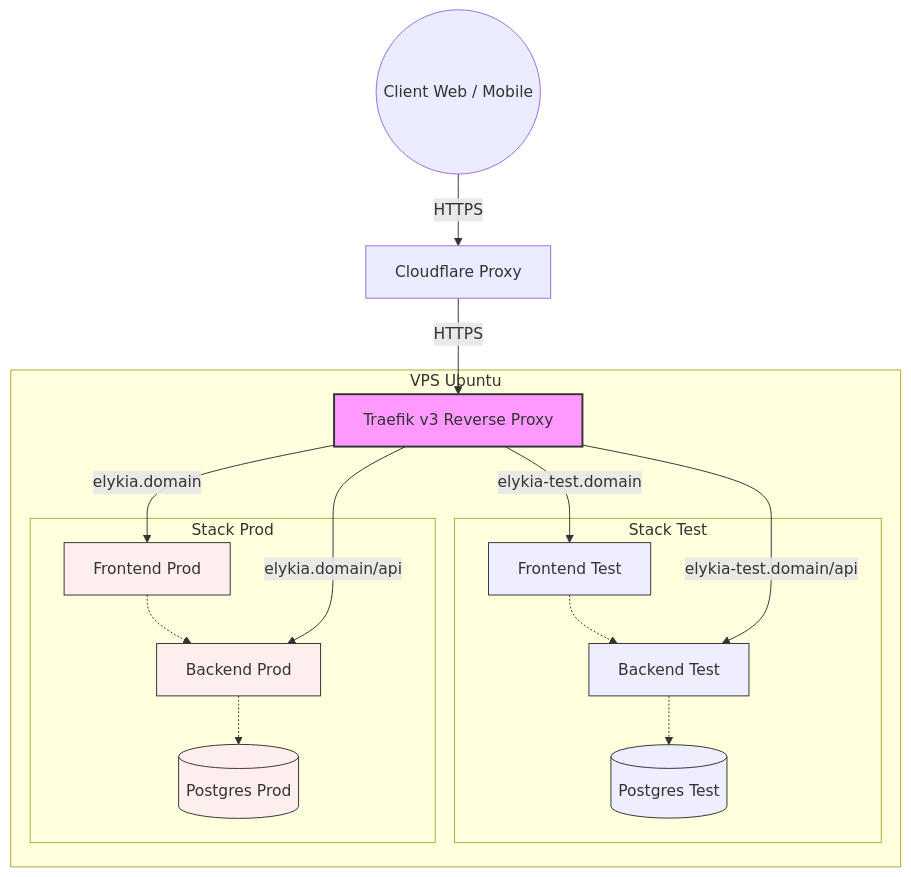
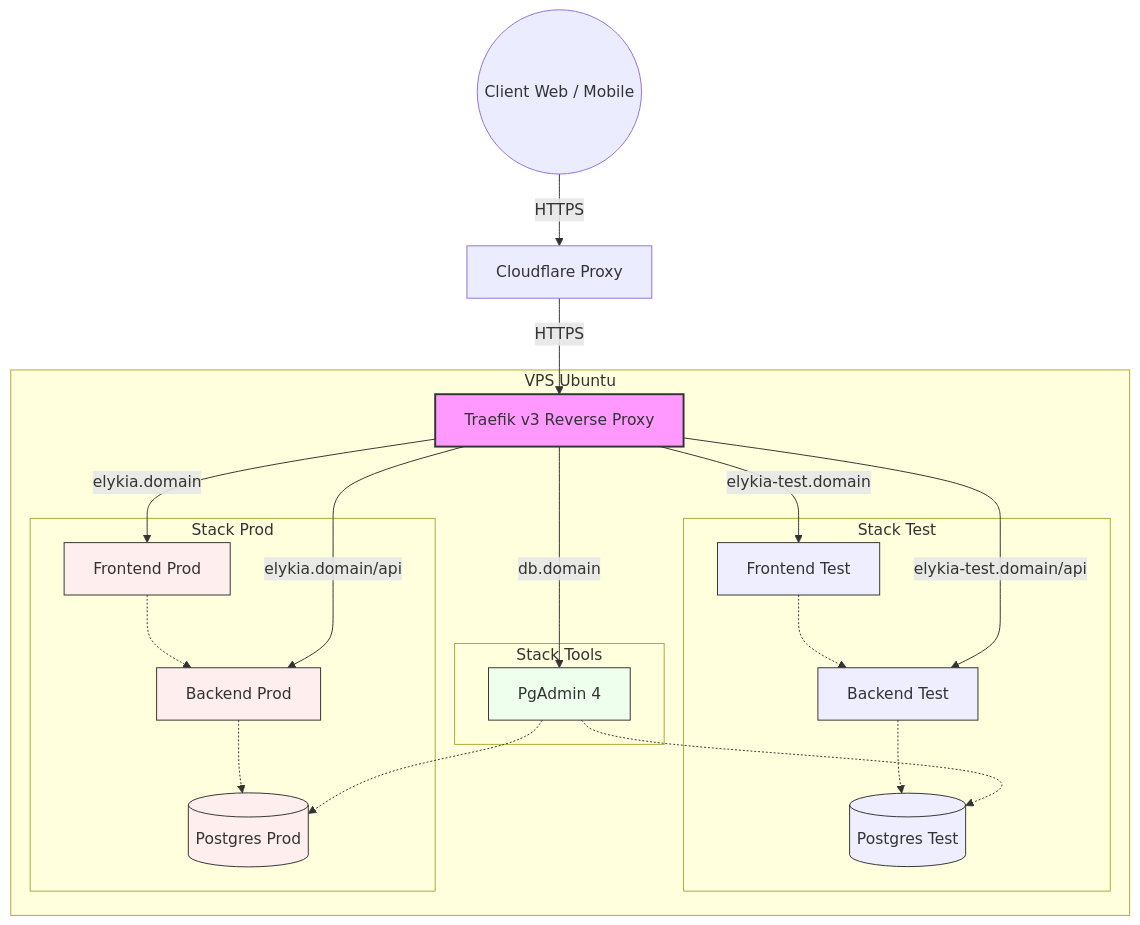
One commit to AQUILA04/ELYKIA changed the diagram in deploy/README.md. Above: the diagram before and after it, drawn with Mermaid. The commit also changed other lines of this file and 19 other files, not shown here.

Commit message:
ajout de stack de tools pour l'exploitation des données avec pgAdmin Téléchargement du rapport journalier sur web. Ajout du champ avance dans le rapport journalier (pdf) du mobile

````diff
--- a/deploy/README.md
+++ b/deploy/README.md
@@ -10,39 +10,49 @@
 ```mermaid
 graph TD
     Client((Client Web / Mobile)) -->|HTTPS| CF[Cloudflare Proxy]
     CF -->|HTTPS| Traefik[Traefik v3 Reverse Proxy]
     
     subgraph VPS Ubuntu
         Traefik
         
         subgraph Stack Test
             FE_Test[Frontend Test]
             BE_Test[Backend Test]
             DB_Test[(Postgres Test)]
             FE_Test -.-> BE_Test
             BE_Test -.-> DB_Test
         end
         
         subgraph Stack Prod
             FE_Prod[Frontend Prod]
             BE_Prod[Backend Prod]
             DB_Prod[(Postgres Prod)]
             FE_Prod -.-> BE_Prod
             BE_Prod -.-> DB_Prod
         end
+
+        subgraph Stack Tools
+            PgAdmin[PgAdmin 4]
+        end
     end
     
     Traefik -->|elykia-test.domain| FE_Test
     Traefik -->|elykia-test.domain/api| BE_Test
     
     Traefik -->|elykia.domain| FE_Prod
     Traefik -->|elykia.domain/api| BE_Prod
+
+    Traefik -->|db.domain| PgAdmin
+    PgAdmin -.-> DB_Test
+    PgAdmin -.-> DB_Prod
     
     classDef proxy fill:#f9f,stroke:#333,stroke-width:2px;
     classDef test fill:#eef,stroke:#333,stroke-width:1px;
     classDef prod fill:#fee,stroke:#333,stroke-width:1px;
+    classDef tools fill:#efe,stroke:#333,stroke-width:1px;
     
     class Traefik proxy;
     class FE_Test,BE_Test,DB_Test test;
     class FE_Prod,BE_Prod,DB_Prod prod;
+    class PgAdmin tools;
 ```
````
